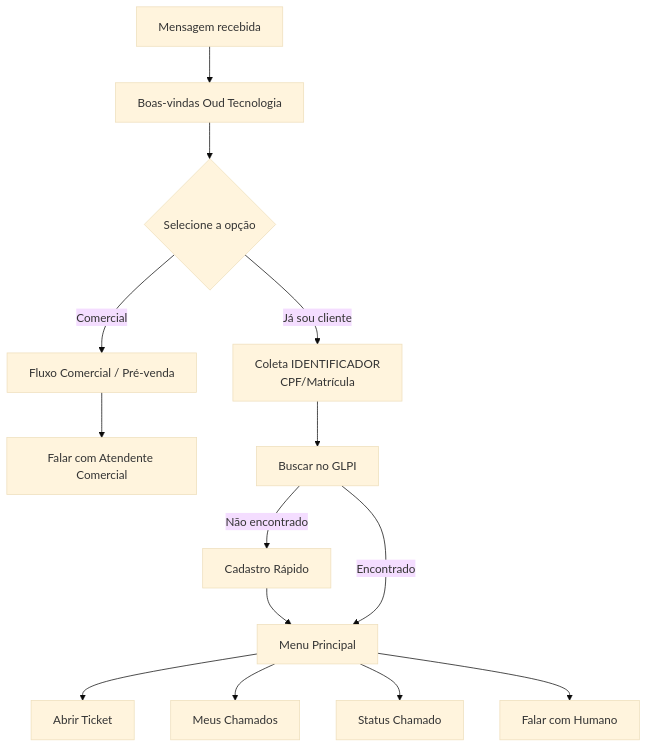
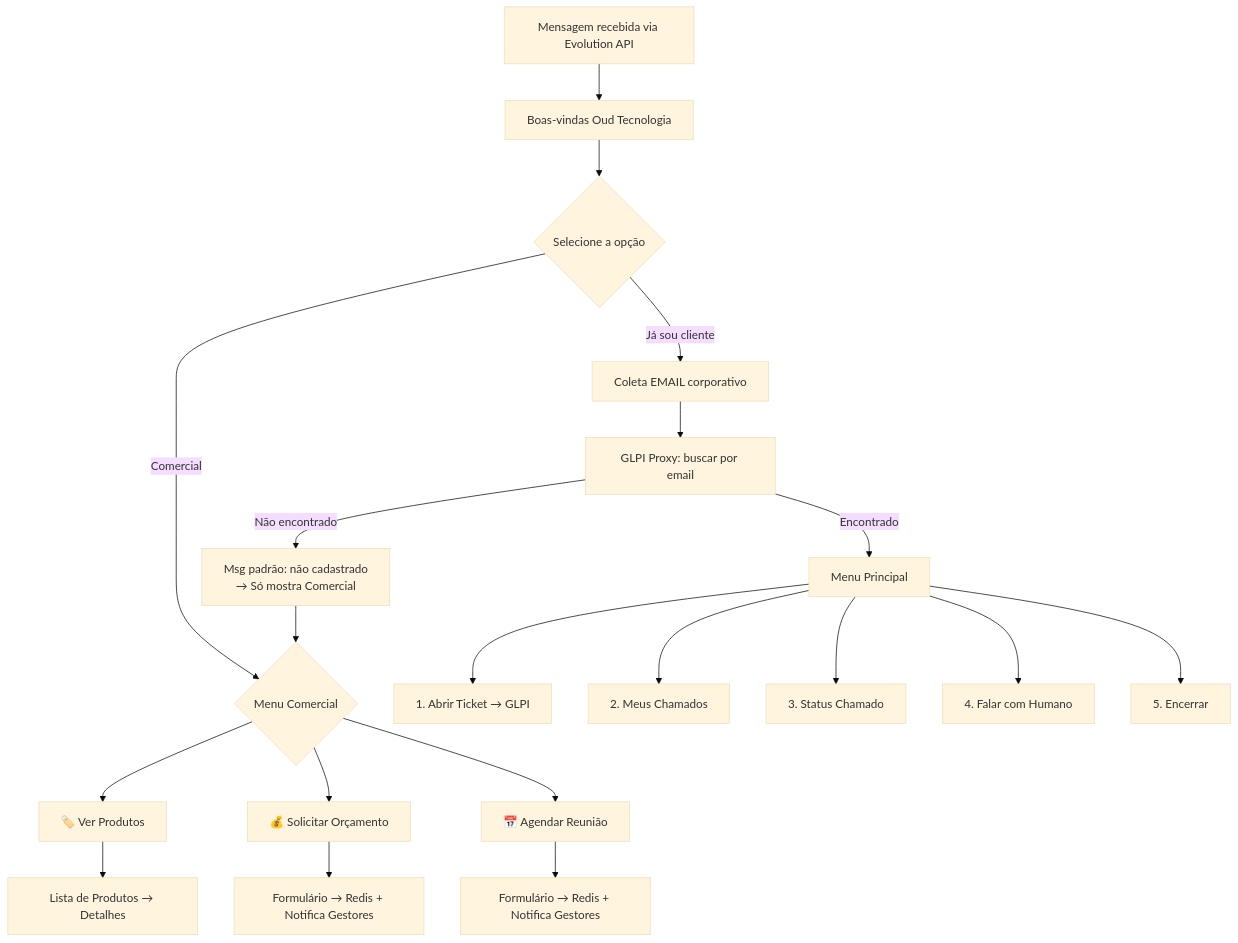
One commit to sergioasouza/glpi-wpp-typebot_Integration changed the diagram in FLUXO-BOT.md. Above: the diagram before and after it, drawn with Mermaid (base theme). The commit also changed other lines of this file and 20 other files, not shown here.

````diff
--- a/FLUXO-BOT.md
+++ b/FLUXO-BOT.md
@@ -10,22 +11,28 @@
 ```mermaid
 graph TD
-  START[Mensagem recebida] --> GREET[Boas-vindas Oud Tecnologia]
+  START[Mensagem recebida via Evolution API] --> GREET[Boas-vindas Oud Tecnologia]
   GREET --> CHOICE{Selecione a opção}
   
-  CHOICE -- "Comercial" --> COM[Fluxo Comercial / Pré-venda]
-  COM --> COM_END[Falar com Atendente Comercial]
+  CHOICE -- "Comercial" --> COM_MENU{Menu Comercial}
+  COM_MENU --> COM1[🏷️ Ver Produtos]
+  COM_MENU --> COM2[💰 Solicitar Orçamento]
+  COM_MENU --> COM3[📅 Agendar Reunião]
+  COM1 --> PROD_LIST[Lista de Produtos → Detalhes]
+  COM2 --> ORC_FORM[Formulário → Redis + Notifica Gestores]
+  COM3 --> REUN_FORM[Formulário → Redis + Notifica Gestores]
 
-  CHOICE -- "Já sou cliente" --> IDENT[Coleta IDENTIFICADOR<br/>CPF/Matrícula]
+  CHOICE -- "Já sou cliente" --> IDENT[Coleta EMAIL corporativo]
   
-  IDENT --> SEARCH[Buscar no GLPI]
+  IDENT --> SEARCH[GLPI Proxy: buscar por email]
   
-  SEARCH -- "Não encontrado" --> REG[Cadastro Rápido]
-  REG --> MENU
+  SEARCH -- "Não encontrado" --> BLOCKED[Msg padrão: não cadastrado<br/>→ Só mostra Comercial]
+  BLOCKED --> COM_MENU
   
   SEARCH -- "Encontrado" --> MENU[Menu Principal]
   
-  MENU --> OPT1[Abrir Ticket]
-  MENU --> OPT2[Meus Chamados]
-  MENU --> OPT3[Status Chamado]
-  MENU --> OPT4[Falar com Humano]
+  MENU --> OPT1[1. Abrir Ticket → GLPI]
+  MENU --> OPT2[2. Meus Chamados]
+  MENU --> OPT3[3. Status Chamado]
+  MENU --> OPT4[4. Falar com Humano]
+  MENU --> OPT5[5. Encerrar]
 ```
````
